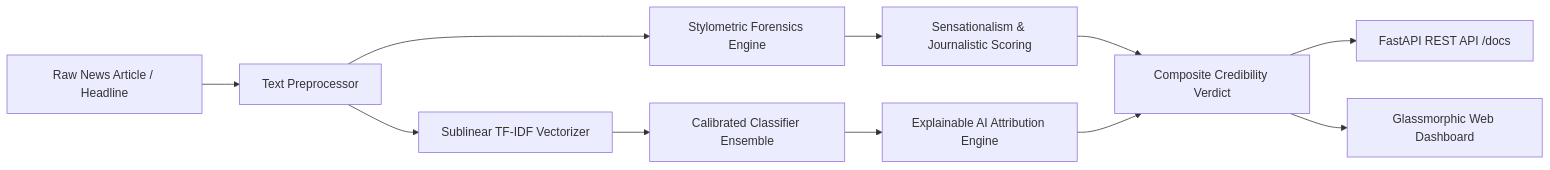
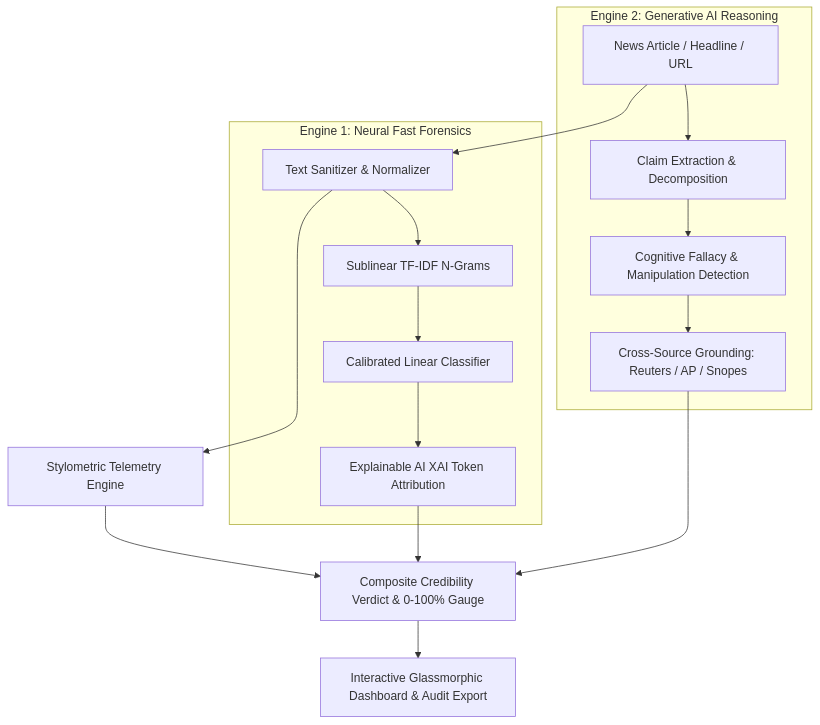
The diagram in README.md (Vikas003dangi/Fake-news-detection), drawn with Mermaid before and after one commit. The commit also changed other lines of this file, not shown here.

````diff
--- a/README.md
+++ b/README.md
@@ -16,13 +21,22 @@
 ```mermaid
-flowchart LR
-    A[Raw News Article / Headline] --> B[Text Preprocessor]
-    B --> C[Stylometric Forensics Engine]
-    B --> D[Sublinear TF-IDF Vectorizer]
-    C --> E[Sensationalism & Journalistic Scoring]
-    D --> F[Calibrated Classifier Ensemble]
-    F --> G[Explainable AI Attribution Engine]
-    E --> H[Composite Credibility Verdict]
-    G --> H
-    H --> I[FastAPI REST API /docs]
-    H --> J[Glassmorphic Web Dashboard]
+flowchart TD
+    A[News Article / Headline / URL] --> B[Text Sanitizer & Normalizer]
+    B --> C[Stylometric Telemetry Engine]
+    
+    subgraph Engine 1: Neural Fast Forensics
+    B --> D[Sublinear TF-IDF N-Grams]
+    D --> E[Calibrated Linear Classifier]
+    E --> F[Explainable AI XAI Token Attribution]
+    end
+    
+    subgraph Engine 2: Generative AI Reasoning
+    A --> G[Claim Extraction & Decomposition]
+    G --> H[Cognitive Fallacy & Manipulation Detection]
+    H --> I[Cross-Source Grounding: Reuters / AP / Snopes]
+    end
+    
+    C --> J[Composite Credibility Verdict & 0-100% Gauge]
+    F --> J
+    I --> J
+    J --> K[Interactive Glassmorphic Dashboard & Audit Export]
 ```
````
